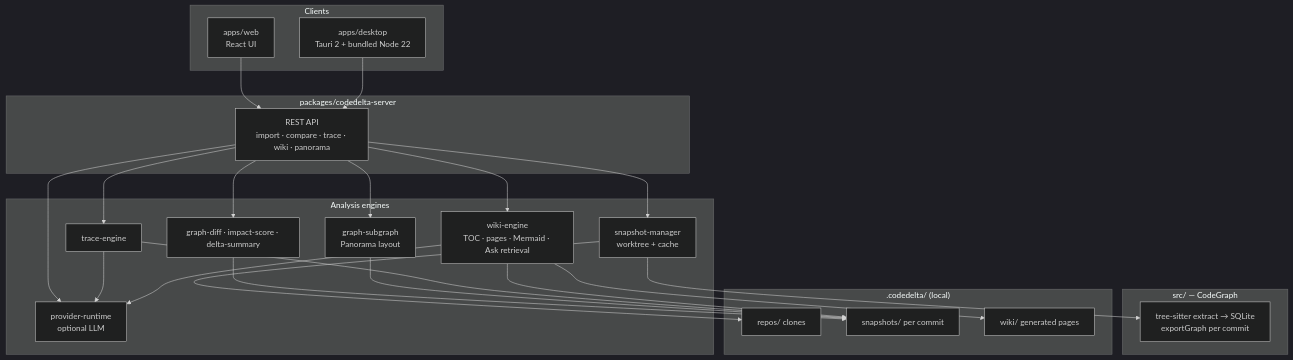
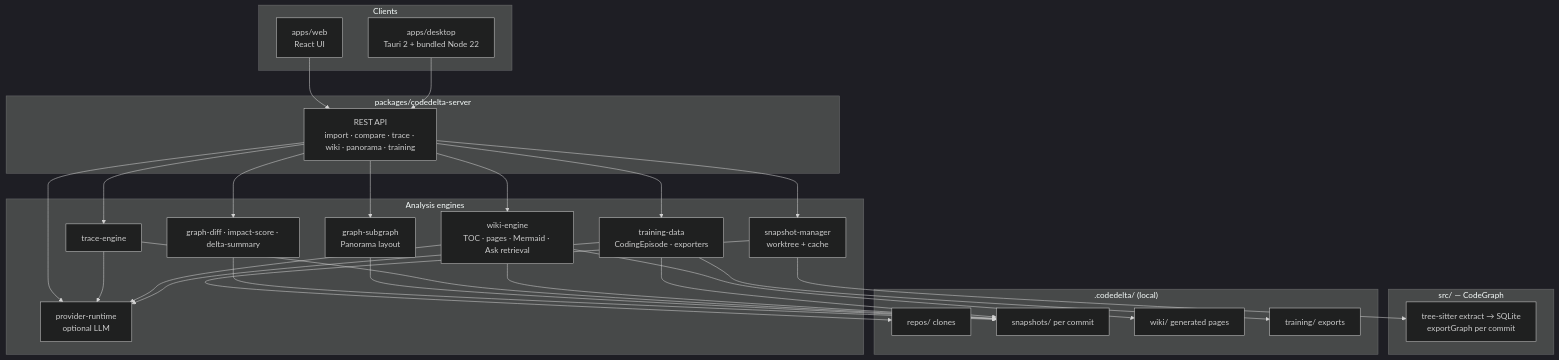
One commit to ingeniousfrog/CodeDelta changed the second of 2 diagrams in README.md. Above: the diagram before and after it, drawn with Mermaid (dark theme). The commit also changed other lines of this file and 9 other files, not shown here.

First line of the commit message:
chore(release): desktop v0.2.2 with Training Data docs and export UX

````diff
--- a/README.md
+++ b/README.md
@@ -72,48 +76,54 @@
 ```mermaid
 flowchart TB
   subgraph Clients["Clients"]
     Web["apps/web\nReact UI"]
     Desktop["apps/desktop\nTauri 2 + bundled Node 22"]
   end
 
   subgraph Server["packages/codedelta-server"]
-    API["REST API\nimport · compare · trace · wiki · panorama"]
+    API["REST API\nimport · compare · trace · wiki · panorama · training"]
   end
 
   subgraph Engines["Analysis engines"]
     Snap["snapshot-manager\nworktree + cache"]
     Diff["graph-diff · impact-score · delta-summary"]
     Sub["graph-subgraph\nPanorama layout"]
     Trace["trace-engine"]
     WikiEng["wiki-engine\nTOC · pages · Mermaid · Ask retrieval"]
+    TrainEng["training-data\nCodingEpisode · exporters"]
     Prov["provider-runtime\noptional LLM"]
   end
 
   subgraph Core["src/ — CodeGraph"]
     CG["tree-sitter extract → SQLite\nexportGraph per commit"]
   end
 
   subgraph Cache[".codedelta/ (local)"]
     Repos["repos/ clones"]
     Snaps["snapshots/ per commit"]
     Wikis["wiki/ generated pages"]
+    TrainingCache["training/ exports"]
   end
 
   Web --> API
   Desktop --> API
   API --> Snap
   API --> Diff
   API --> Sub
   API --> Trace
   API --> WikiEng
+  API --> TrainEng
   API --> Prov
   Snap --> CG
   Snap --> Repos
   Diff --> Snaps
   Sub --> Snaps
   Trace --> Snaps
   WikiEng --> Snaps
   WikiEng --> Wikis
+  TrainEng --> Snaps
+  TrainEng --> TrainingCache
   Trace --> Prov
   WikiEng --> Prov
+  TrainEng --> Prov
 ```
````
